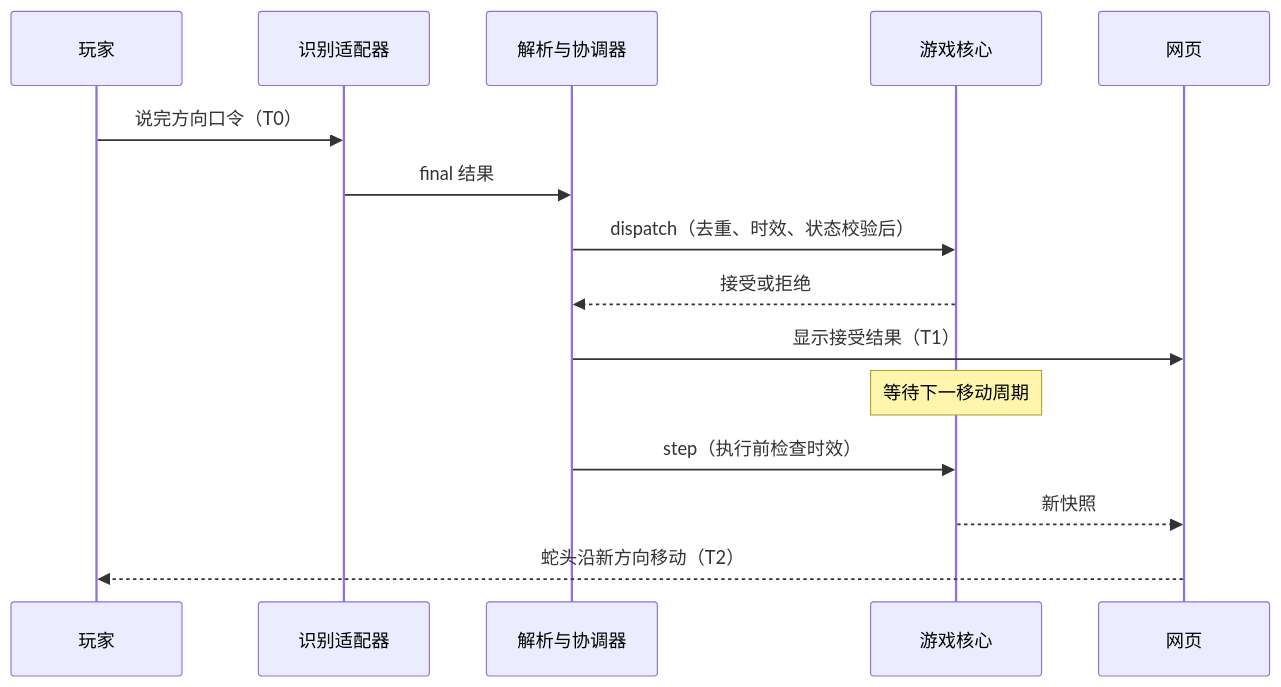
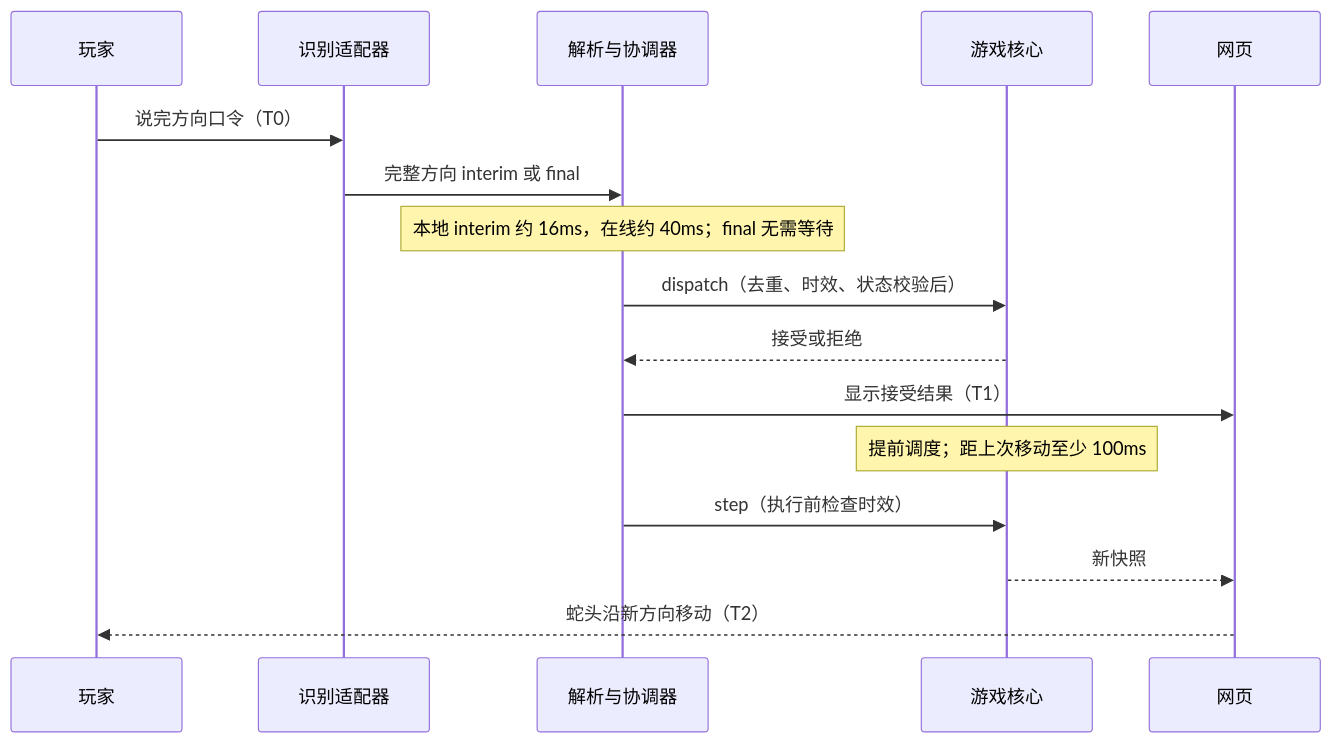
Before and after one commit to kingqn0321/voice-snake: the third of 3 diagrams in docs/architecture.md, drawn with Mermaid. The commit also changed other lines of this file and 28 other files, not shown here.

````diff
--- a/docs/architecture.md
+++ b/docs/architecture.md
@@ -124,17 +142,18 @@
 ```mermaid
 sequenceDiagram
   participant U as 玩家
   participant A as 识别适配器
   participant C as 解析与协调器
   participant G as 游戏核心
   participant V as 网页
   U->>A: 说完方向口令（T0）
-  A->>C: final 结果
+  A->>C: 完整方向 interim 或 final
+  Note over C: 本地 interim 约 16ms，在线约 40ms；final 无需等待
   C->>G: dispatch（去重、时效、状态校验后）
   G-->>C: 接受或拒绝
   C->>V: 显示接受结果（T1）
-  Note over G: 等待下一移动周期
+  Note over G: 提前调度；距上次移动至少 100ms
   C->>G: step（执行前检查时效）
   G-->>V: 新快照
   V-->>U: 蛇头沿新方向移动（T2）
 ```
````
